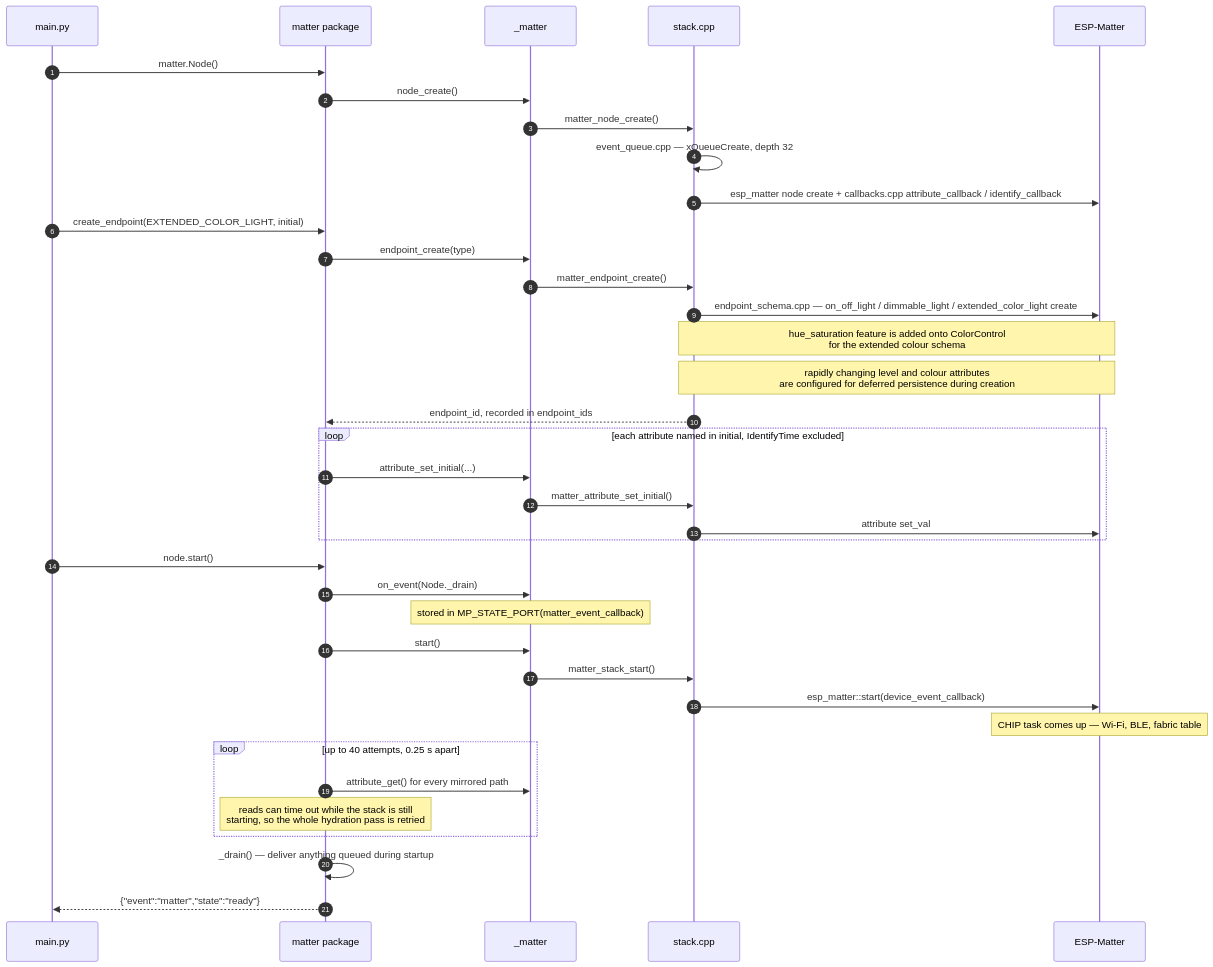
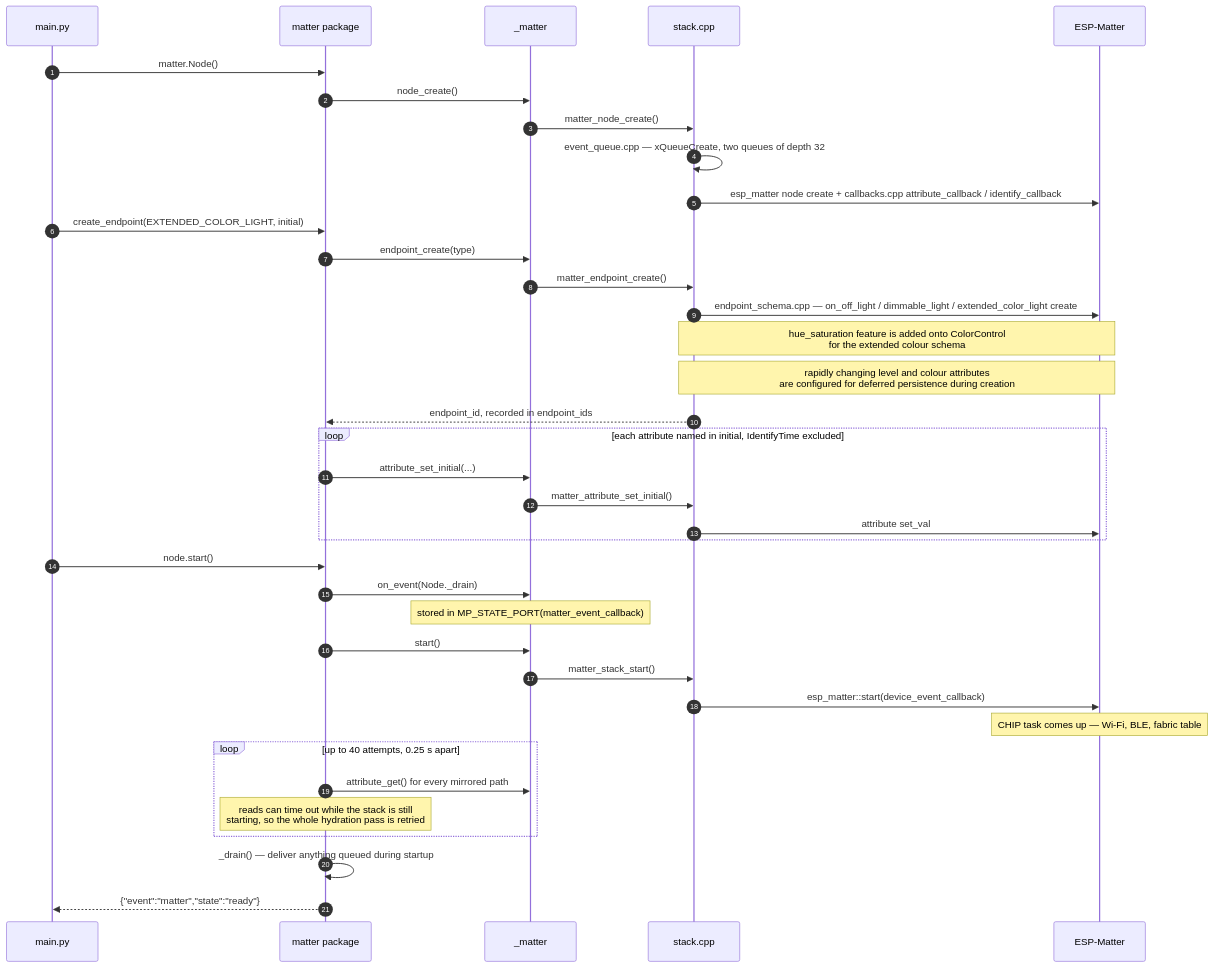
The second of 5 diagrams in firmware-packages/matter/ARCHITECTURE.md (khlam/micropython-boardfarm), drawn with Mermaid before and after one commit. The commit also changed other lines of this file and 27 other files, not shown here.

````diff
--- a/firmware-packages/matter/ARCHITECTURE.md
+++ b/firmware-packages/matter/ARCHITECTURE.md
@@ -72,42 +75,42 @@
 ```mermaid
 sequenceDiagram
     autonumber
     participant app as main.py
     participant py as matter package
     participant mod as _matter
     participant st as stack.cpp
     participant esp as ESP-Matter
 
     app->>py: matter.Node()
     py->>mod: node_create()
     mod->>st: matter_node_create()
-    st->>st: event_queue.cpp — xQueueCreate, depth 32
+    st->>st: event_queue.cpp — xQueueCreate, two queues of depth 32
     st->>esp: esp_matter node create + callbacks.cpp attribute_callback / identify_callback
 
     app->>py: create_endpoint(EXTENDED_COLOR_LIGHT, initial)
     py->>mod: endpoint_create(type)
     mod->>st: matter_endpoint_create()
     st->>esp: endpoint_schema.cpp — on_off_light / dimmable_light / extended_color_light create
     Note over st,esp: hue_saturation feature is added onto ColorControl<br/>for the extended colour schema
     Note over st,esp: rapidly changing level and colour attributes<br/>are configured for deferred persistence during creation
     st-->>py: endpoint_id, recorded in endpoint_ids
     loop each attribute named in initial, IdentifyTime excluded
         py->>mod: attribute_set_initial(...)
         mod->>st: matter_attribute_set_initial()
         st->>esp: attribute set_val
     end
 
     app->>py: node.start()
     py->>mod: on_event(Node._drain)
     Note over mod: stored in MP_STATE_PORT(matter_event_callback)
     py->>mod: start()
     mod->>st: matter_stack_start()
     st->>esp: esp_matter::start(device_event_callback)
     Note over esp: CHIP task comes up — Wi-Fi, BLE, fabric table
     loop up to 40 attempts, 0.25 s apart
         py->>mod: attribute_get() for every mirrored path
         Note over py: reads can time out while the stack is still<br/>starting, so the whole hydration pass is retried
     end
     py->>py: _drain() — deliver anything queued during startup
     py-->>app: {"event":"matter","state":"ready"}
 ```
````
